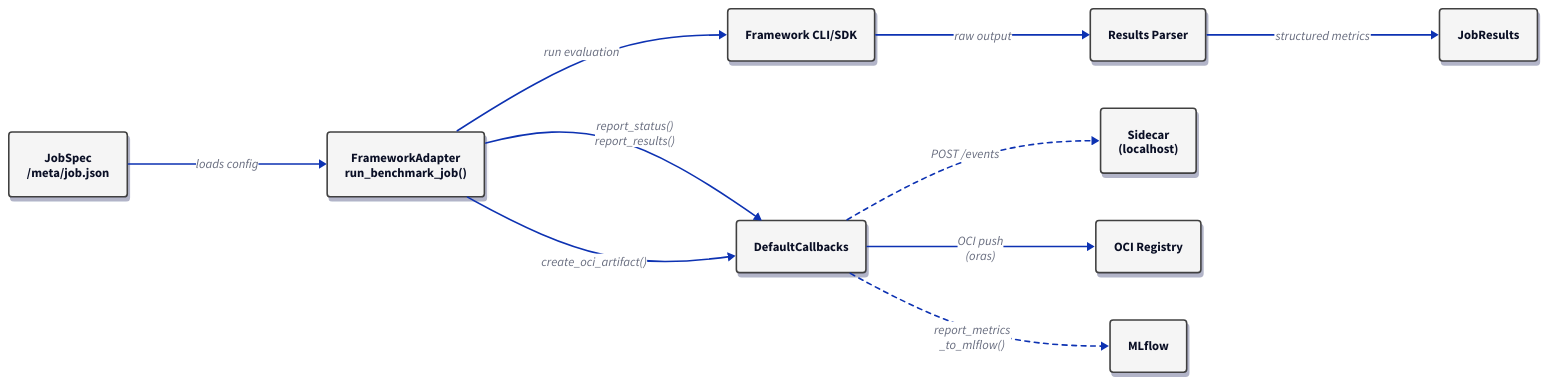
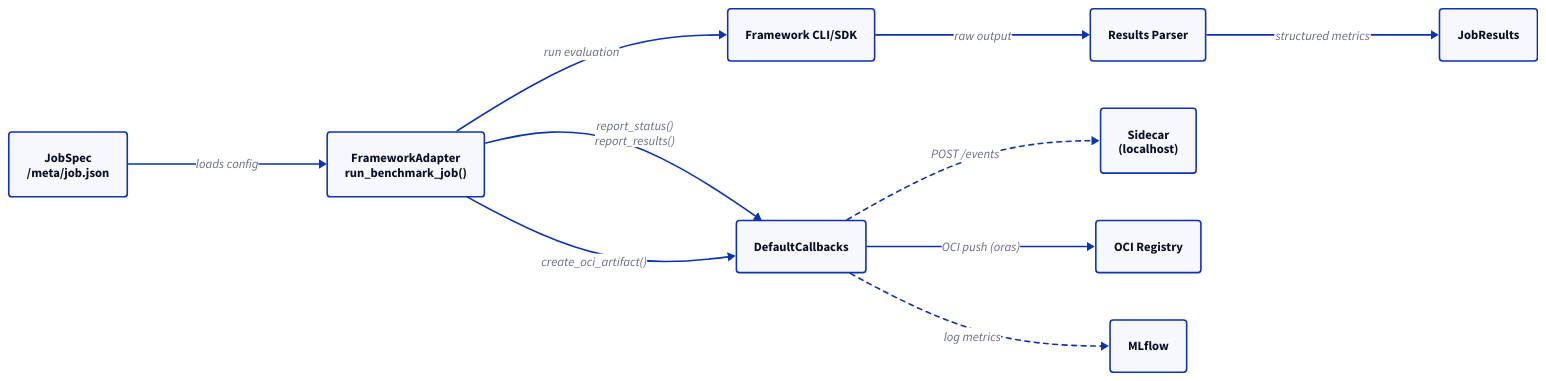
One commit to ruivieira/eval-hub.github.io changed the diagram in diagrams/adapter-component.d2. Above: the diagram before and after it, drawn with D2. The commit also changed 79 other files, not shown here.

```diff
--- a/diagrams/adapter-component.d2
+++ b/diagrams/adapter-component.d2
@@ -1,33 +1,28 @@
-# Adapter component diagram (development/architecture)
+# Adapter component diagram
 direction: right
 
-*.style.shadow: true
-*.style.stroke: "#404040"
-*.style.fill: "#f5f5f5"
 *.style.border-radius: 4
 
 job_spec: "JobSpec\n/meta/job.json"
 adapter: "FrameworkAdapter\nrun_benchmark_job()"
 framework: "Framework CLI/SDK"
-parser: "Results Parser"
-job_results: "JobResults"
+parser: Results Parser
+job_results: JobResults
 callbacks: DefaultCallbacks
 sidecar: "Sidecar\n(localhost)"
-registry: "OCI Registry"
-mlflow: "MLflow"
+registry: OCI Registry
+mlflow: MLflow
 
-job_spec -> adapter: "loads config" { style.border-radius: 8 }
-adapter -> framework: "run evaluation" { style.border-radius: 8 }
-framework -> parser: "raw output" { style.border-radius: 8 }
-parser -> job_results: "structured metrics" { style.border-radius: 8 }
-adapter -> callbacks: "report_status()\nreport_results()" { style.border-radius: 8 }
+job_spec -> adapter: loads config
+adapter -> framework: run evaluation
+framework -> parser: raw output
+parser -> job_results: structured metrics
+adapter -> callbacks: "report_status()\nreport_results()"
 callbacks -> sidecar: "POST /events" {
   style.stroke-dash: 3
-  style.border-radius: 8
 }
-adapter -> callbacks: "create_oci_artifact()" { style.border-radius: 8 }
-callbacks -> registry: "OCI push\n(oras)" { style.border-radius: 8 }
-callbacks -> mlflow: "report_metrics\n_to_mlflow()" {
+adapter -> callbacks: "create_oci_artifact()"
+callbacks -> registry: "OCI push (oras)"
+callbacks -> mlflow: log metrics {
   style.stroke-dash: 3
-  style.border-radius: 8
 }
```
